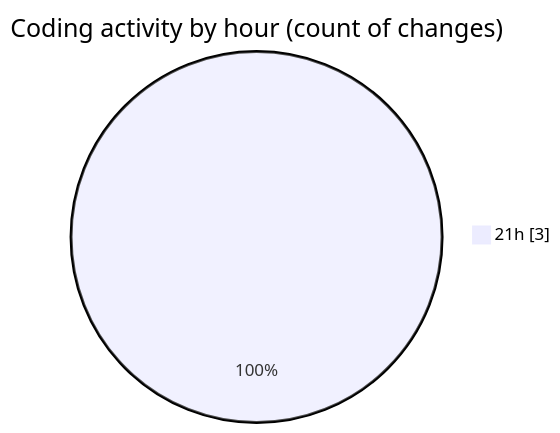
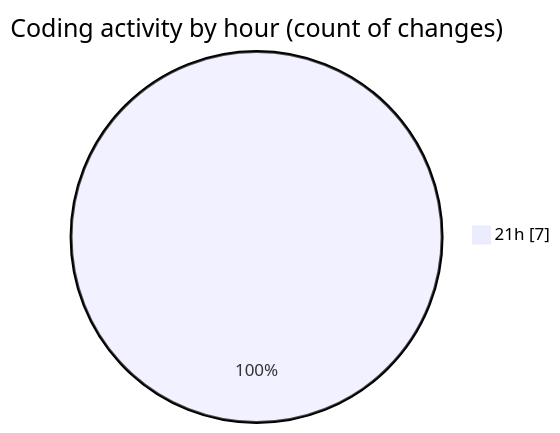
Before and after one commit to robertbonfada/code-tracking: the second of 2 diagrams in 2025-03-10/termonied_testador/README.md, drawn with Mermaid. The commit also changed other lines of this file and 1 other file, not shown here.

````diff
--- a/2025-03-10/termonied_testador/README.md
+++ b/2025-03-10/termonied_testador/README.md
@@ -28,5 +28,5 @@
 ```mermaid
 pie showData
 title Coding activity by hour (count of changes)
-"21h" : 3
+"21h" : 7
 ```
````
